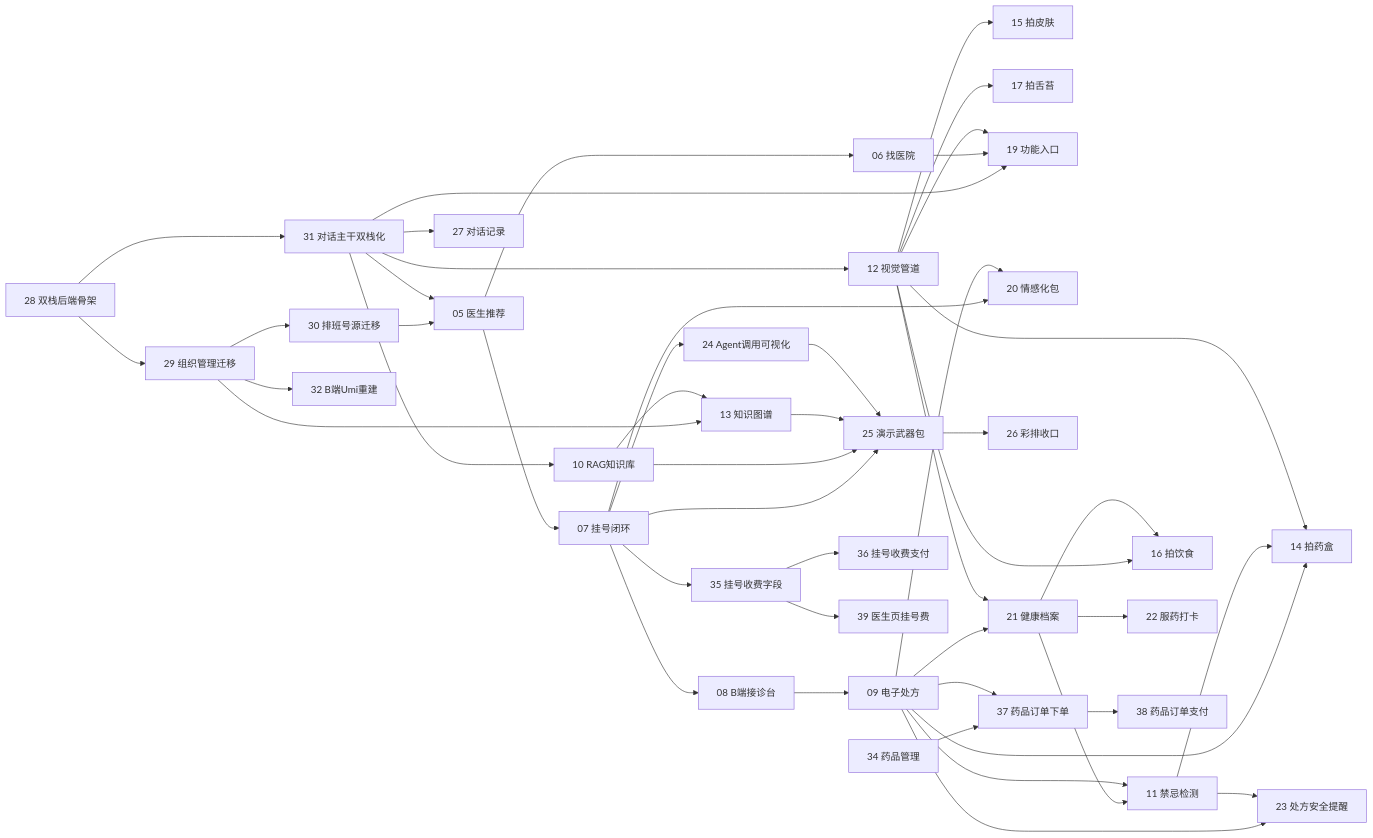
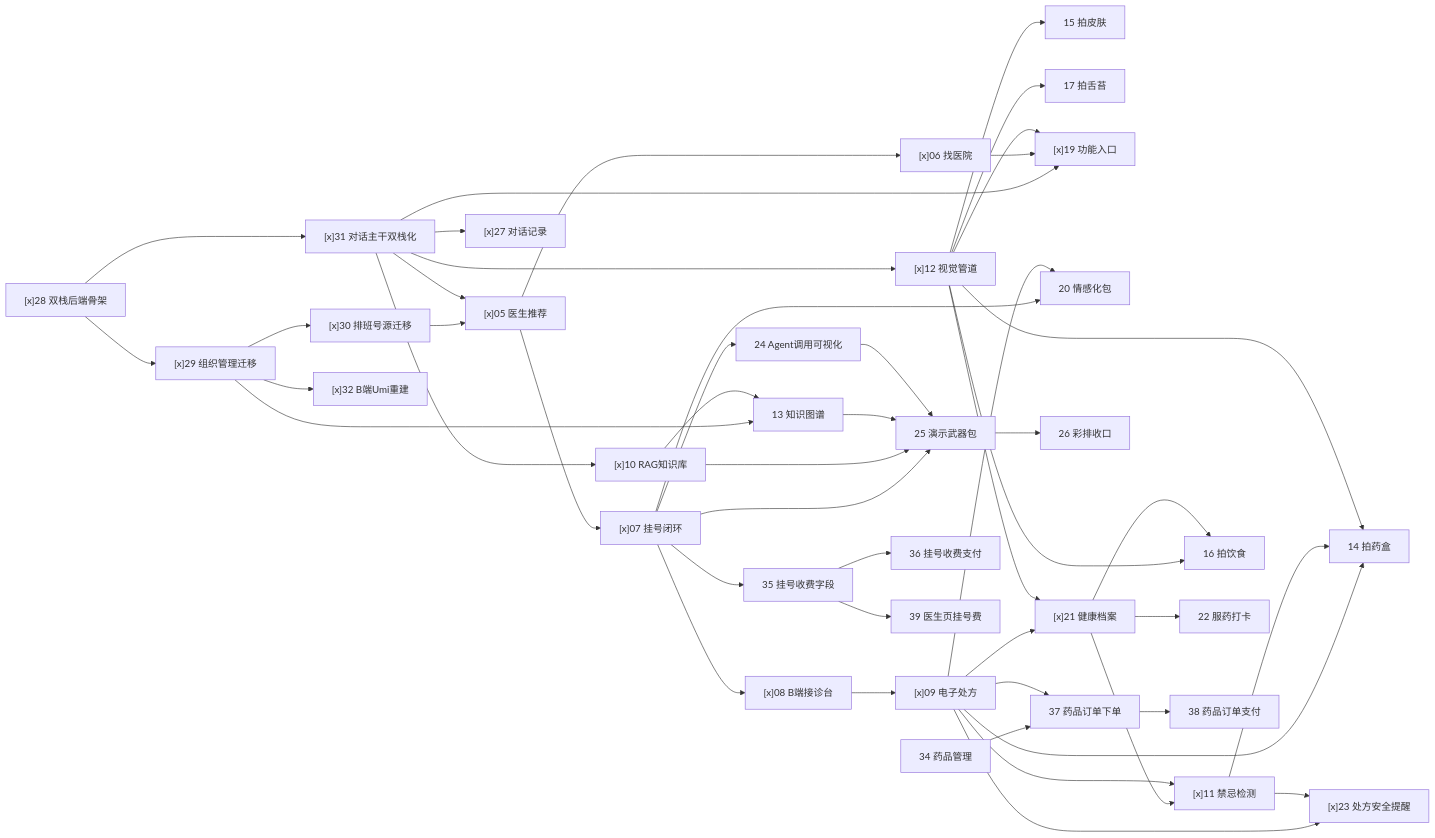
One commit to ILoveFurina/zhiyu-health changed the diagram in README.md. Above: the diagram before and after it, drawn with Mermaid. The commit also changed other lines of this file and 2 other files, not shown here.

Commit message:
docs(agents): 约定票单done时同步在README依赖图节点标记[x]
- issue-tracker.md：新增票单置done时同步更新README依赖图对应节点加[x]的约定及格式细节
- AGENTS.md：提交前确认清单补兜底项，并覆盖撤回done时移除[x]的反向动作

目的：通过双层约束保证依赖图可读性，快速定位未处理节点

````diff
--- a/README.md
+++ b/README.md
@@ -19,35 +20,35 @@
 ```mermaid
 flowchart LR
-    T28["28 双栈后端骨架"]
+    T28["[x]28 双栈后端骨架"]
 
-    T29["29 组织管理迁移"]
-    T30["30 排班号源迁移"]
-    T31["31 对话主干双栈化"]
-    T32["32 B端Umi重建"]
+    T29["[x]29 组织管理迁移"]
+    T30["[x]30 排班号源迁移"]
+    T31["[x]31 对话主干双栈化"]
+    T32["[x]32 B端Umi重建"]
 
-    T05["05 医生推荐"]
-    T06["06 找医院"]
-    T07["07 挂号闭环"]
-    T08["08 B端接诊台"]
-    T09["09 电子处方"]
-    T10["10 RAG知识库"]
-    T11["11 禁忌检测"]
-    T12["12 视觉管道"]
+    T05["[x]05 医生推荐"]
+    T06["[x]06 找医院"]
+    T07["[x]07 挂号闭环"]
+    T08["[x]08 B端接诊台"]
+    T09["[x]09 电子处方"]
+    T10["[x]10 RAG知识库"]
+    T11["[x]11 禁忌检测"]
+    T12["[x]12 视觉管道"]
     T13["13 知识图谱"]
     T14["14 拍药盒"]
     T15["15 拍皮肤"]
     T16["16 拍饮食"]
     T17["17 拍舌苔"]
 
-    T19["19 功能入口"]
+    T19["[x]19 功能入口"]
     T20["20 情感化包"]
-    T21["21 健康档案"]
+    T21["[x]21 健康档案"]
     T22["22 服药打卡"]
-    T23["23 处方安全提醒"]
+    T23["[x]23 处方安全提醒"]
     T24["24 Agent调用可视化"]
     T25["25 演示武器包"]
     T26["26 彩排收口"]
-    T27["27 对话记录"]
+    T27["[x]27 对话记录"]
 
     T34["34 药品管理"]
     T35["35 挂号收费字段"]
````
